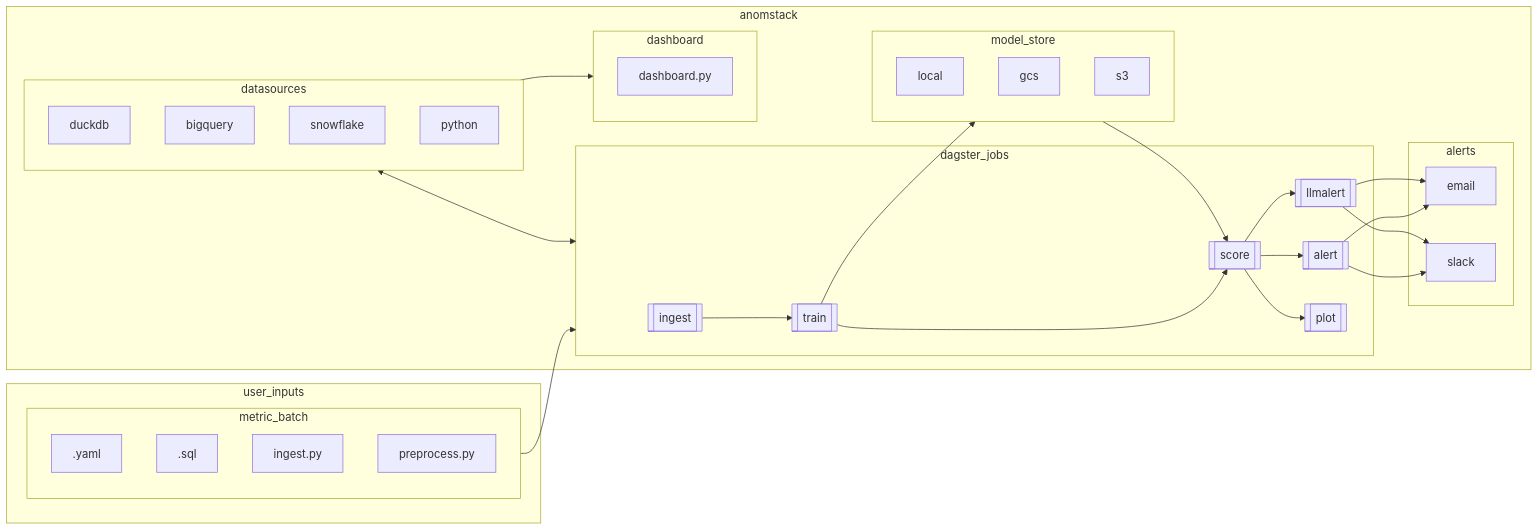
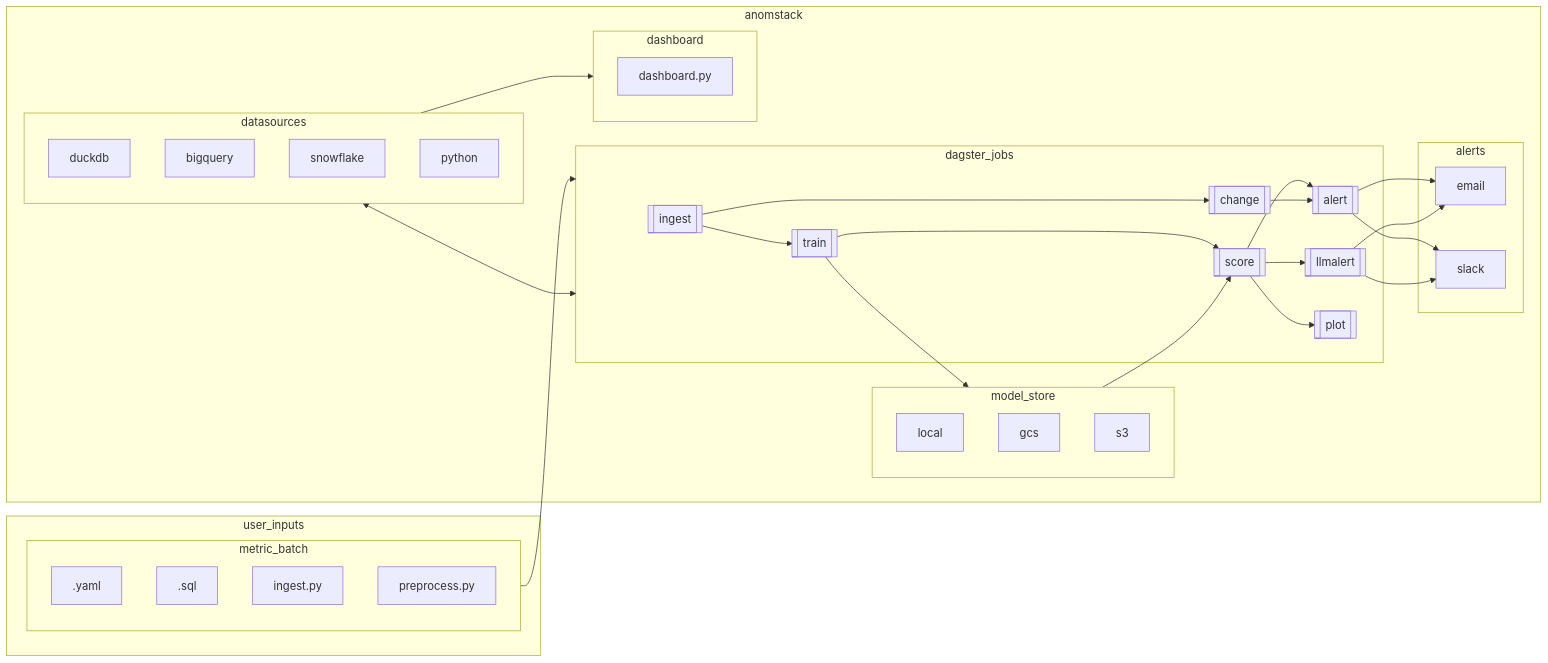
The diagram in README.md (andrewm4894/anomstack), drawn with Mermaid before and after one commit. The commit also changed other lines of this file, not shown here.

Commit message:
Add change detection to features and architecture diagram

```diff
--- a/README.md
+++ b/README.md
@@ -175,6 +176,7 @@
     train[[train]]
     score[[score]]
     alert[[alert]]
+    change[[change]]
     llmalert[[llmalert]]
     plot[[plot]]
     dashboardpy["dashboard.py"]
@@ -191,6 +193,7 @@
     train
     score
     alert
+    change
     llmalert
     plot
     end
@@ -235,6 +238,8 @@
     score --> alert
     score --> llmalert
     score --> plot
+    ingest --> change
+    change --> alert
 
     metric_batch --> dagster_jobs
 
```
